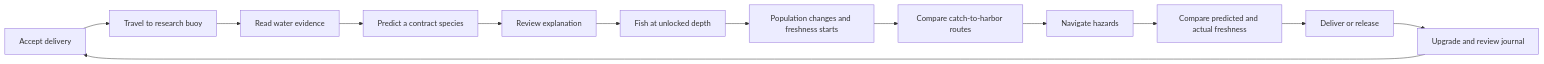
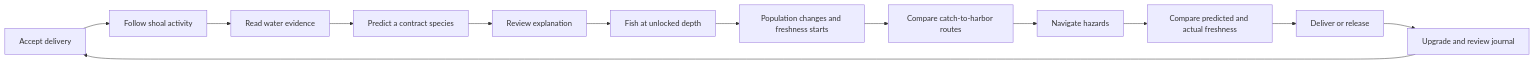
The diagram in Docs/Assessment-Report.md (Prunty2/GameCompNew), drawn with Mermaid before and after one commit. The commit also changed other lines of this file and 15 other files, not shown here.

````diff
--- a/Docs/Assessment-Report.md
+++ b/Docs/Assessment-Report.md
@@ -85,15 +85,15 @@
 ```mermaid
 flowchart LR
-  A["Accept delivery"] --> B["Travel to research buoy"]
+  A["Accept delivery"] --> B["Follow shoal activity"]
   B --> C["Read water evidence"]
   C --> D["Predict a contract species"]
   D --> E["Review explanation"]
   E --> F["Fish at unlocked depth"]
   F --> G["Population changes and freshness starts"]
   G --> H["Compare catch-to-harbor routes"]
   H --> I["Navigate hazards"]
   I --> J["Compare predicted and actual freshness"]
   J --> K["Deliver or release"]
   K --> L["Upgrade and review journal"]
   L --> A
 ```
````
